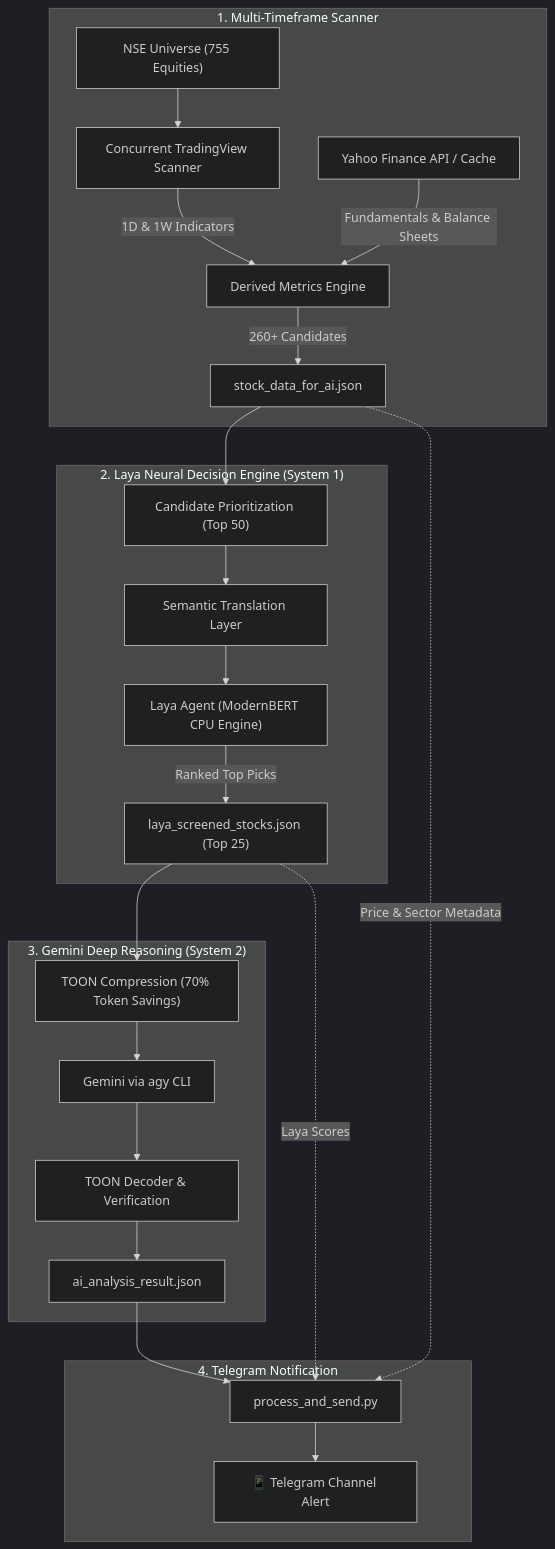
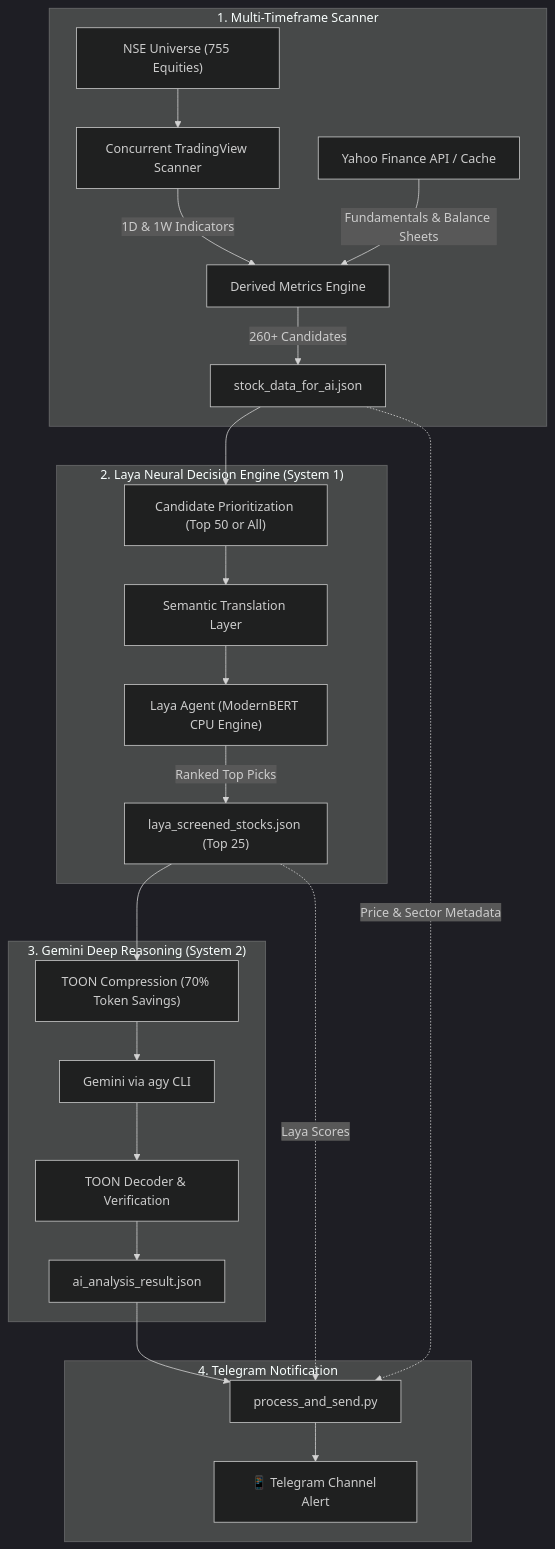
The diagram in README.md (sandeepj15/laya-stock-analysis-agent), drawn with Mermaid (dark theme) before and after one commit. The commit also changed other lines of this file and 1 other file, not shown here.

Commit message:
docs: fix repo clone URL, update candidate limit, and sync trigger script env params

````diff
--- a/README.md
+++ b/README.md
@@ -16,30 +17,30 @@
 ```mermaid
 flowchart TD
     subgraph Stage1["1. Multi-Timeframe Scanner"]
         A["NSE Universe (755 Equities)"] --> B["Concurrent TradingView Scanner"]
         B -->|1D & 1W Indicators| C["Derived Metrics Engine"]
         D["Yahoo Finance API / Cache"] -->|Fundamentals & Balance Sheets| C
         C -->|260+ Candidates| E["stock_data_for_ai.json"]
     end
 
     subgraph Stage2["2. Laya Neural Decision Engine (System 1)"]
-        E --> F["Candidate Prioritization (Top 50)"]
+        E --> F["Candidate Prioritization (Top 50 or All)"]
         F --> G["Semantic Translation Layer"]
         G --> H["Laya Agent (ModernBERT CPU Engine)"]
         H -->|Ranked Top Picks| I["laya_screened_stocks.json (Top 25)"]
     end
 
     subgraph Stage3["3. Gemini Deep Reasoning (System 2)"]
         I --> J["TOON Compression (70% Token Savings)"]
         J --> K["Gemini via agy CLI"]
         K --> L["TOON Decoder & Verification"]
         L --> M["ai_analysis_result.json"]
     end
 
     subgraph Stage4["4. Telegram Notification"]
         M --> N["process_and_send.py"]
         E -.->|Price & Sector Metadata| N
         I -.->|Laya Scores| N
         N --> O["📱 Telegram Channel Alert"]
     end
 ```
````
